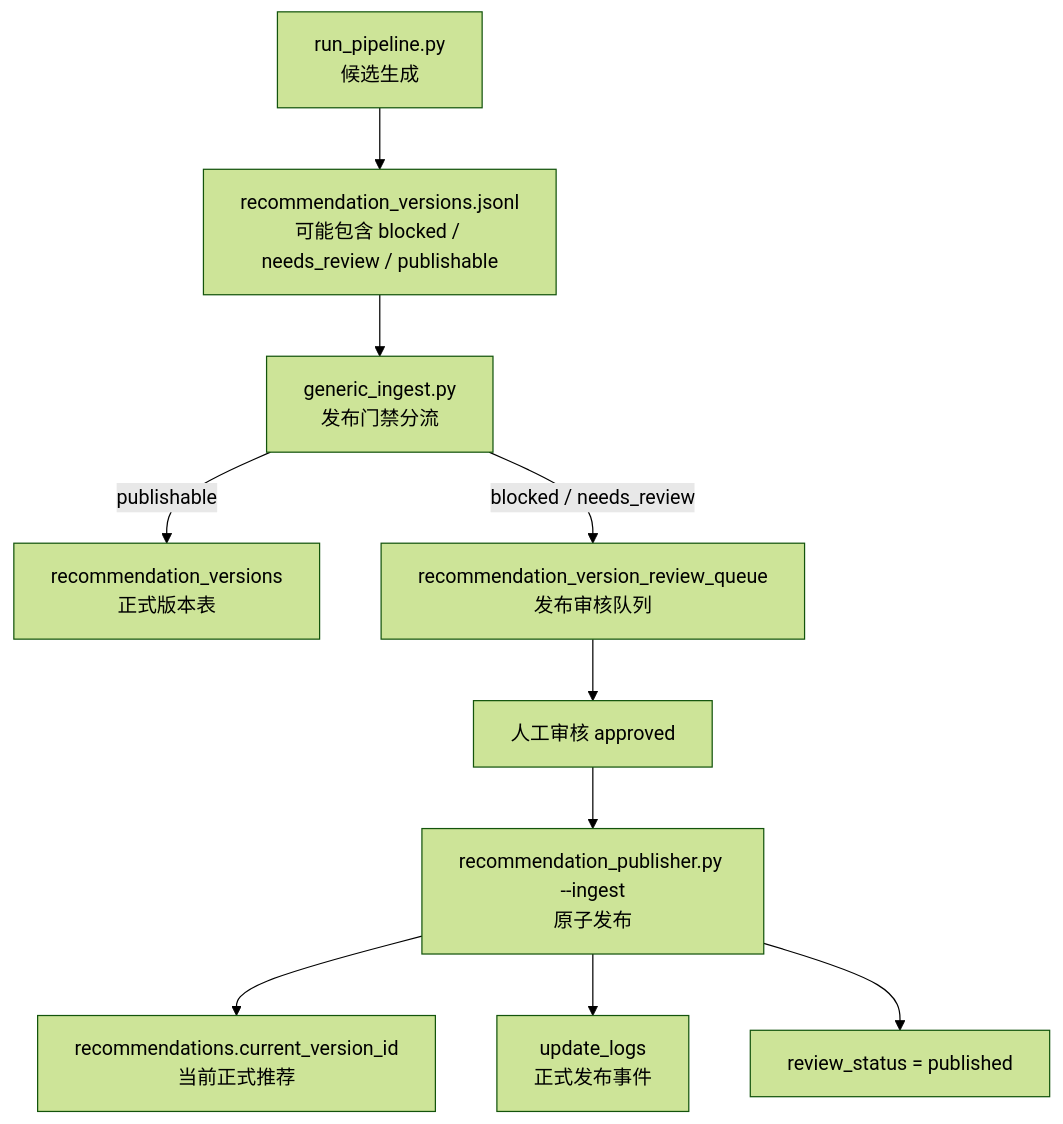
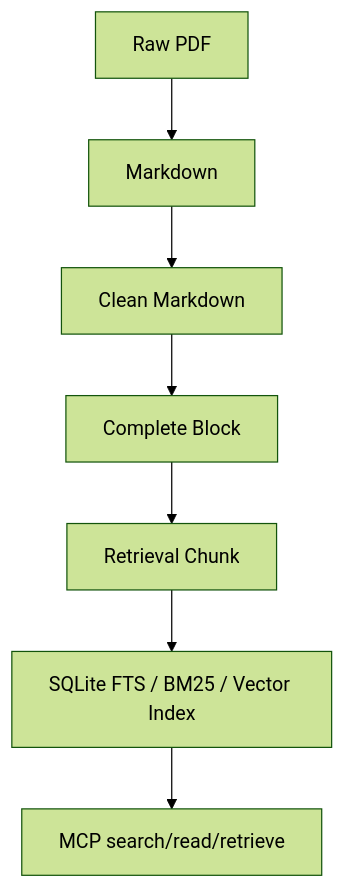
Before and after one commit to L-305-maker/Living-Guideline-DataBase: the diagram in src/pipeline/README.md, drawn with Mermaid (forest theme). The commit also changed other lines of this file and 194 other files, not shown here.

````diff
--- a/src/pipeline/README.md
+++ b/src/pipeline/README.md
@@ -40,12 +12,9 @@
 ```mermaid
 flowchart TD
-    A["run_pipeline.py<br/>候选生成"] --> B["recommendation_versions.jsonl<br/>可能包含 blocked / needs_review / publishable"]
-    B --> C["generic_ingest.py<br/>发布门禁分流"]
-    C -->|publishable| D["recommendation_versions<br/>正式版本表"]
-    C -->|blocked / needs_review| E["recommendation_version_review_queue<br/>发布审核队列"]
-    E --> F["人工审核 approved"]
-    F --> G["recommendation_publisher.py --ingest<br/>原子发布"]
-    G --> H["recommendations.current_version_id<br/>当前正式推荐"]
-    G --> I["update_logs<br/>正式发布事件"]
-    G --> J["review_status = published"]
+    A["Raw PDF"] --> B["Markdown"]
+    B --> C["Clean Markdown"]
+    C --> D["Complete Block"]
+    D --> E["Retrieval Chunk"]
+    E --> F["SQLite FTS / BM25 / Vector Index"]
+    F --> G["MCP search/read/retrieve"]
 ```
````
